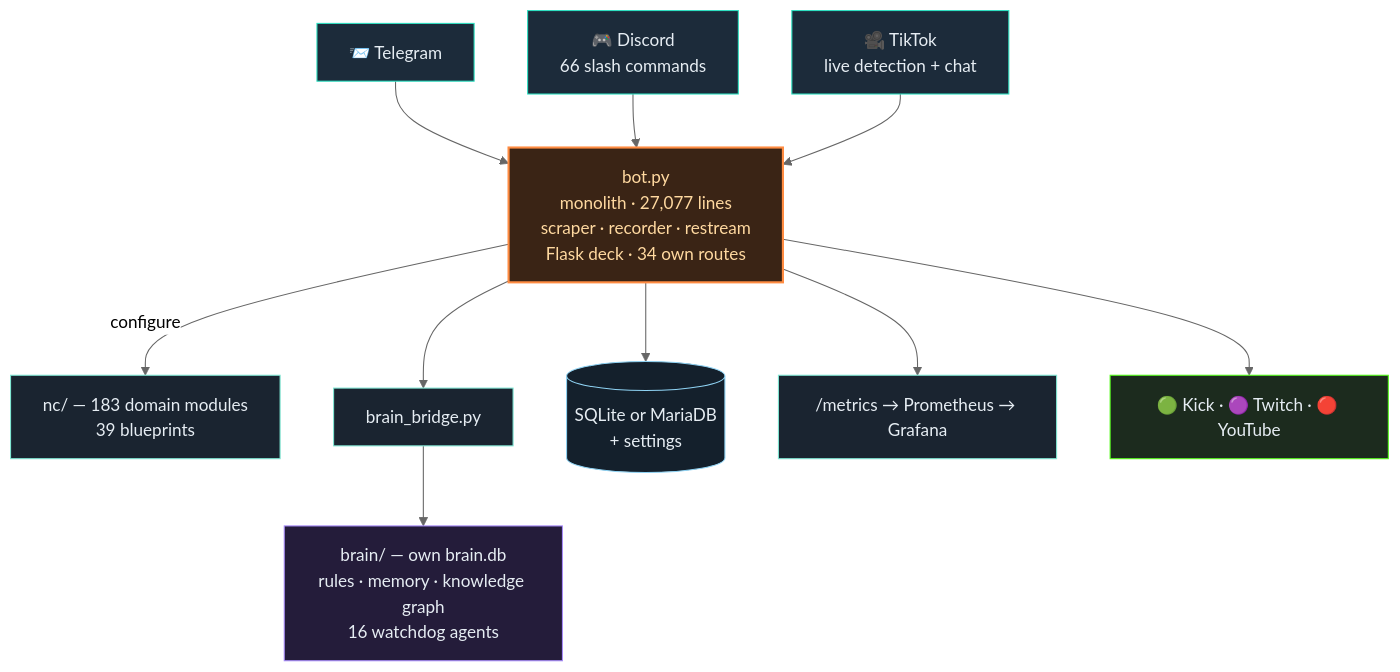
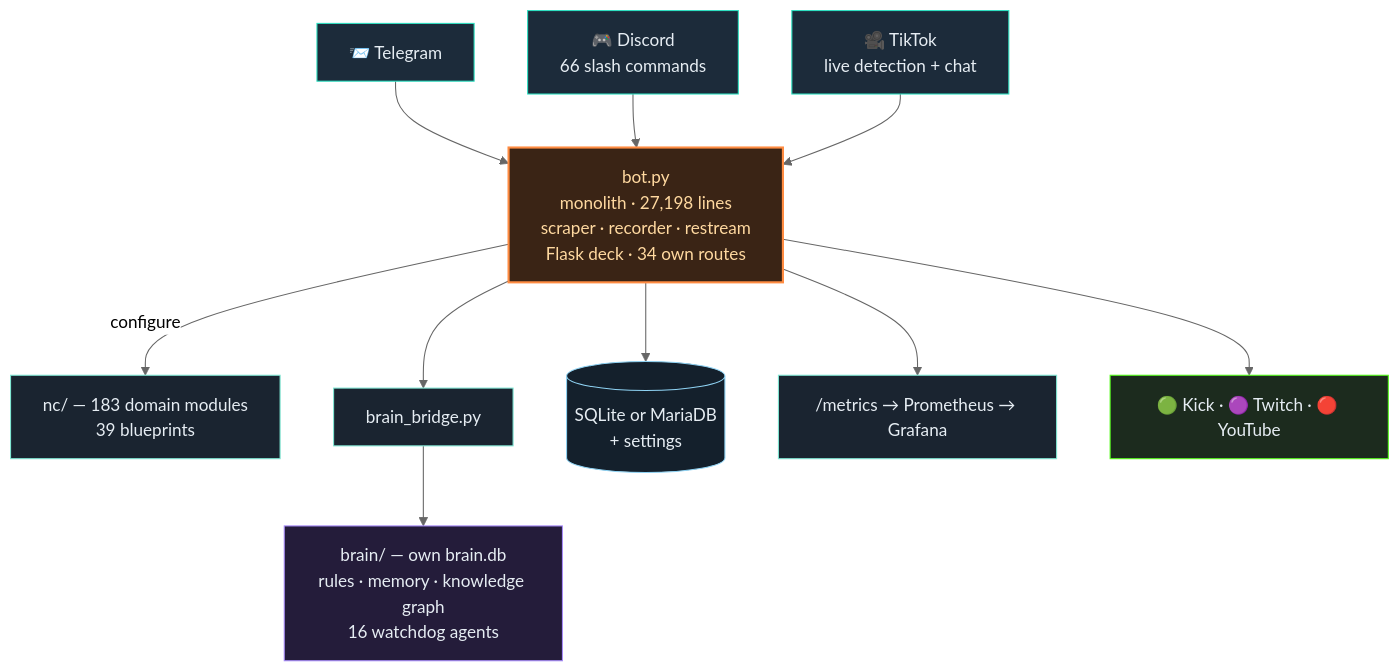
The second of 3 diagrams in README.en.md (itsamemedev/Telegram-Stream-Info-Bot), drawn with Mermaid (neutral theme) before and after one commit. The commit also changed other lines of this file and 15 other files, not shown here.

````diff
--- a/README.en.md
+++ b/README.en.md
@@ -119,19 +119,19 @@
 ```mermaid
 flowchart TB
     TG["📨 Telegram"]:::ein --> BOT
     DC["🎮 Discord<br/>66 slash commands"]:::ein --> BOT
     TT["🎥 TikTok<br/>live detection + chat"]:::ein --> BOT
-    BOT["bot.py<br/>monolith · 27,077 lines<br/>scraper · recorder · restream<br/>Flask deck · 34 own routes"]:::core
+    BOT["bot.py<br/>monolith · 27,198 lines<br/>scraper · recorder · restream<br/>Flask deck · 34 own routes"]:::core
     BOT -->|configure| NC["nc/ — 183 domain modules<br/>39 blueprints"]:::lib
     BOT --> BR["brain_bridge.py"]:::lib
     BR --> BRAIN["brain/ — own brain.db<br/>rules · memory · knowledge graph<br/>16 watchdog agents"]:::brain
     BOT --> DB[("SQLite or MariaDB<br/>+ settings")]:::db
     BOT --> PROM["/metrics → Prometheus → Grafana"]:::lib
     BOT --> OUT["🟢 Kick · 🟣 Twitch · 🔴 YouTube"]:::out
     classDef ein fill:#1c2b3a,stroke:#2de1c2,color:#e6edf3
     classDef core fill:#3a2415,stroke:#ff8c42,stroke-width:2px,color:#ffd9a0
     classDef lib fill:#1a2430,stroke:#7fe7d4,color:#e6edf3
     classDef brain fill:#241c3a,stroke:#a78bfa,color:#e6edf3
     classDef db fill:#14202c,stroke:#8fd3f4,color:#e6edf3
     classDef out fill:#1c2b1e,stroke:#53fc18,color:#e6edf3
 ```
````
